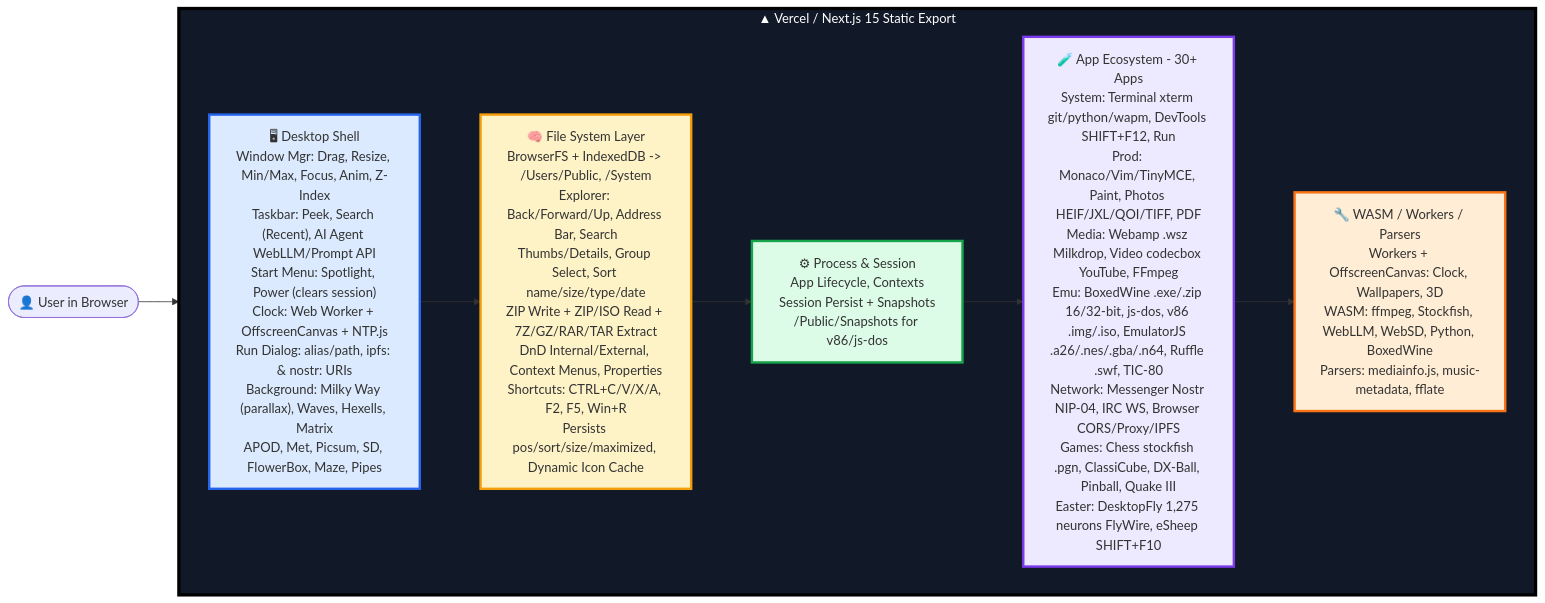
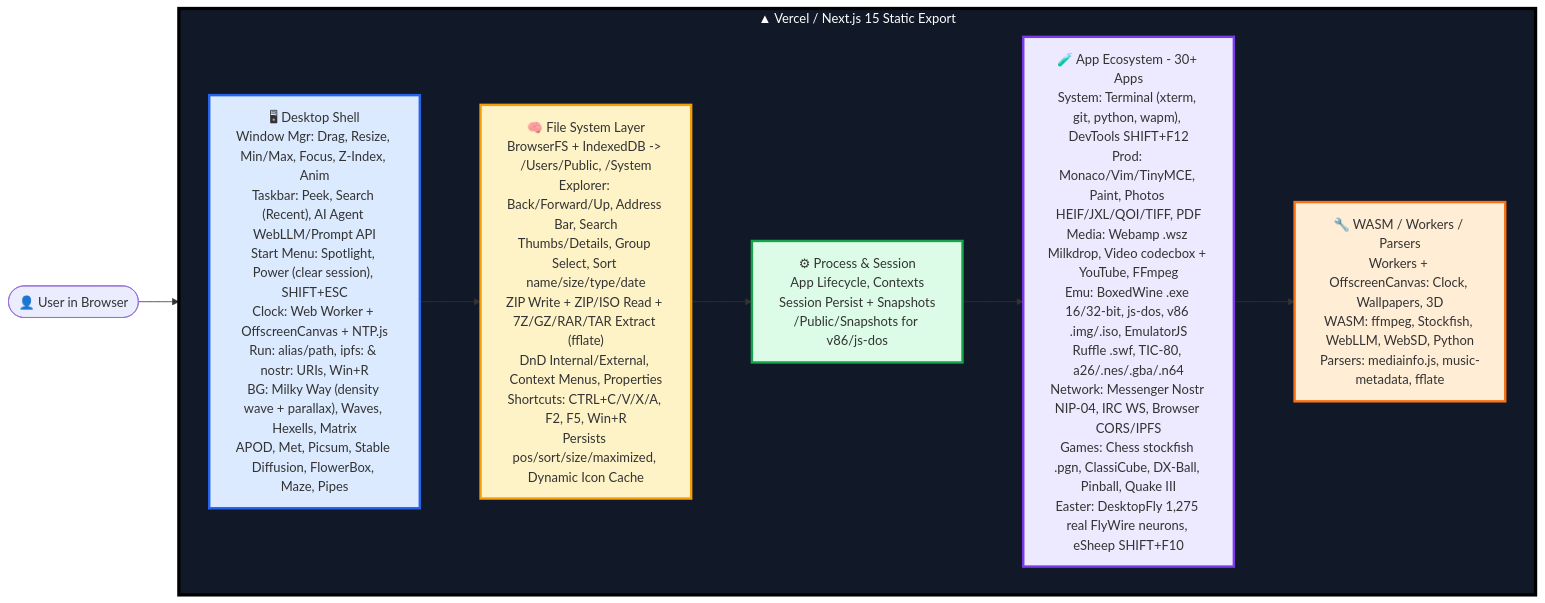
Before and after one commit to Nravitejareddy/Labyrinth-OS: the diagram in README.md, drawn with Mermaid.

````diff
--- a/README.md
+++ b/README.md
@@ -31,29 +31,29 @@
 ```mermaid
 flowchart LR
 
 Users([👤 User in Browser])
 
 subgraph Vercel["▲ Vercel / Next.js 15 Static Export"]
 direction LR
 
-Shell["🖥 Desktop Shell<br/>Window Mgr: Drag, Resize, Min/Max, Focus, Anim, Z-Index<br/>Taskbar: Peek, Search (Recent), AI Agent WebLLM/Prompt API<br/>Start Menu: Spotlight, Power (clears session)<br/>Clock: Web Worker + OffscreenCanvas + NTP.js<br/>Run Dialog: alias/path, ipfs: & nostr: URIs<br/>Background: Milky Way (parallax), Waves, Hexells, Matrix<br/>APOD, Met, Picsum, SD, FlowerBox, Maze, Pipes"]
+Shell["🖥 Desktop Shell<br/>Window Mgr: Drag, Resize, Min/Max, Focus, Z-Index, Anim<br/>Taskbar: Peek, Search (Recent), AI Agent WebLLM/Prompt API<br/>Start Menu: Spotlight, Power (clear session), SHIFT+ESC<br/>Clock: Web Worker + OffscreenCanvas + NTP.js<br/>Run: alias/path, ipfs: & nostr: URIs, Win+R<br/>BG: Milky Way (density wave + parallax), Waves, Hexells, Matrix<br/>APOD, Met, Picsum, Stable Diffusion, FlowerBox, Maze, Pipes"]
 
-FS["🧠 File System Layer<br/>BrowserFS + IndexedDB -> /Users/Public, /System<br/>Explorer: Back/Forward/Up, Address Bar, Search<br/>Thumbs/Details, Group Select, Sort name/size/type/date<br/>ZIP Write + ZIP/ISO Read + 7Z/GZ/RAR/TAR Extract<br/>DnD Internal/External, Context Menus, Properties<br/>Shortcuts: CTRL+C/V/X/A, F2, F5, Win+R<br/>Persists pos/sort/size/maximized, Dynamic Icon Cache"]
+FS["🧠 File System Layer<br/>BrowserFS + IndexedDB -> /Users/Public, /System<br/>Explorer: Back/Forward/Up, Address Bar, Search<br/>Thumbs/Details, Group Select, Sort name/size/type/date<br/>ZIP Write + ZIP/ISO Read + 7Z/GZ/RAR/TAR Extract (fflate)<br/>DnD Internal/External, Context Menus, Properties<br/>Shortcuts: CTRL+C/V/X/A, F2, F5, Win+R<br/>Persists pos/sort/size/maximized, Dynamic Icon Cache"]
 
 Process["⚙ Process & Session<br/>App Lifecycle, Contexts<br/>Session Persist + Snapshots<br/>/Public/Snapshots for v86/js-dos"]
 
-Apps["🧪 App Ecosystem - 30+ Apps<br/>System: Terminal xterm git/python/wapm, DevTools SHIFT+F12, Run<br/>Prod: Monaco/Vim/TinyMCE, Paint, Photos HEIF/JXL/QOI/TIFF, PDF<br/>Media: Webamp .wsz Milkdrop, Video codecbox YouTube, FFmpeg<br/>Emu: BoxedWine .exe/.zip 16/32-bit, js-dos, v86 .img/.iso, EmulatorJS .a26/.nes/.gba/.n64, Ruffle .swf, TIC-80<br/>Network: Messenger Nostr NIP-04, IRC WS, Browser CORS/Proxy/IPFS<br/>Games: Chess stockfish .pgn, ClassiCube, DX-Ball, Pinball, Quake III<br/>Easter: DesktopFly 1,275 neurons FlyWire, eSheep SHIFT+F10"]
+Apps["🧪 App Ecosystem - 30+ Apps<br/>System: Terminal (xterm, git, python, wapm), DevTools SHIFT+F12<br/>Prod: Monaco/Vim/TinyMCE, Paint, Photos HEIF/JXL/QOI/TIFF, PDF<br/>Media: Webamp .wsz Milkdrop, Video codecbox + YouTube, FFmpeg<br/>Emu: BoxedWine .exe 16/32-bit, js-dos, v86 .img/.iso, EmulatorJS<br/>Ruffle .swf, TIC-80, a26/.nes/.gba/.n64<br/>Network: Messenger Nostr NIP-04, IRC WS, Browser CORS/IPFS<br/>Games: Chess stockfish .pgn, ClassiCube, DX-Ball, Pinball, Quake III<br/>Easter: DesktopFly 1,275 real FlyWire neurons, eSheep SHIFT+F10"]
 
-WASM["🔧 WASM / Workers / Parsers<br/>Workers + OffscreenCanvas: Clock, Wallpapers, 3D<br/>WASM: ffmpeg, Stockfish, WebLLM, WebSD, Python, BoxedWine<br/>Parsers: mediainfo.js, music-metadata, fflate"]
+WASM["🔧 WASM / Workers / Parsers<br/>Workers + OffscreenCanvas: Clock, Wallpapers, 3D<br/>WASM: ffmpeg, Stockfish, WebLLM, WebSD, Python<br/>Parsers: mediainfo.js, music-metadata, fflate"]
 
 end
 
 Users --> Shell --> FS --> Process --> Apps --> WASM
 
 style Vercel fill:#111827,stroke:#000,stroke-width:4px,color:#fff
 style Shell fill:#dbeafe,stroke:#2563eb,stroke-width:3px
 style FS fill:#fef3c7,stroke:#f59e0b,stroke-width:3px
 style Process fill:#dcfce7,stroke:#16a34a,stroke-width:3px
 style Apps fill:#ede9fe,stroke:#7c3aed,stroke-width:3px
 style WASM fill:#ffedd5,stroke:#f97316,stroke-width:3px
 ```
````
